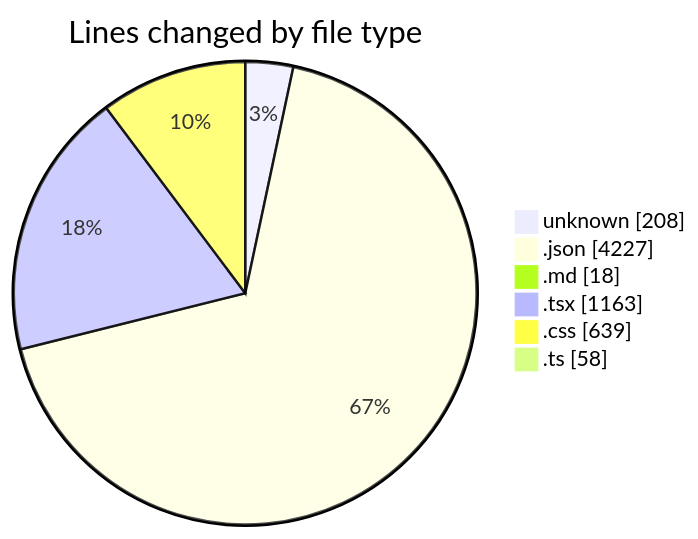
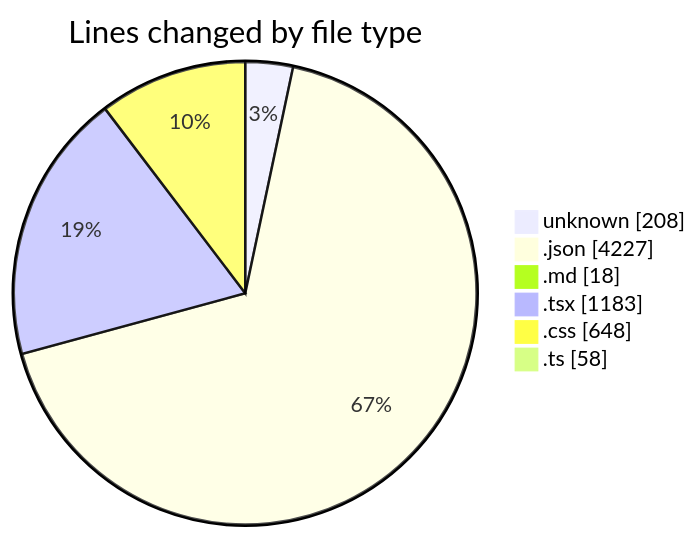
One commit to EIIisD/code-tracking changed the first of 2 diagrams in 2025-08-07/ribbon/README.md. Above: the diagram before and after it, drawn with Mermaid. The commit also changed other lines of this file and 1 other file, not shown here.

````diff
--- a/2025-08-07/ribbon/README.md
+++ b/2025-08-07/ribbon/README.md
@@ -36,10 +36,10 @@
 ```mermaid
 pie showData
 title Lines changed by file type
 "unknown" : 208
 ".json" : 4227
 ".md" : 18
-".tsx" : 1163
-".css" : 639
+".tsx" : 1183
+".css" : 648
 ".ts" : 58
 ```
````
